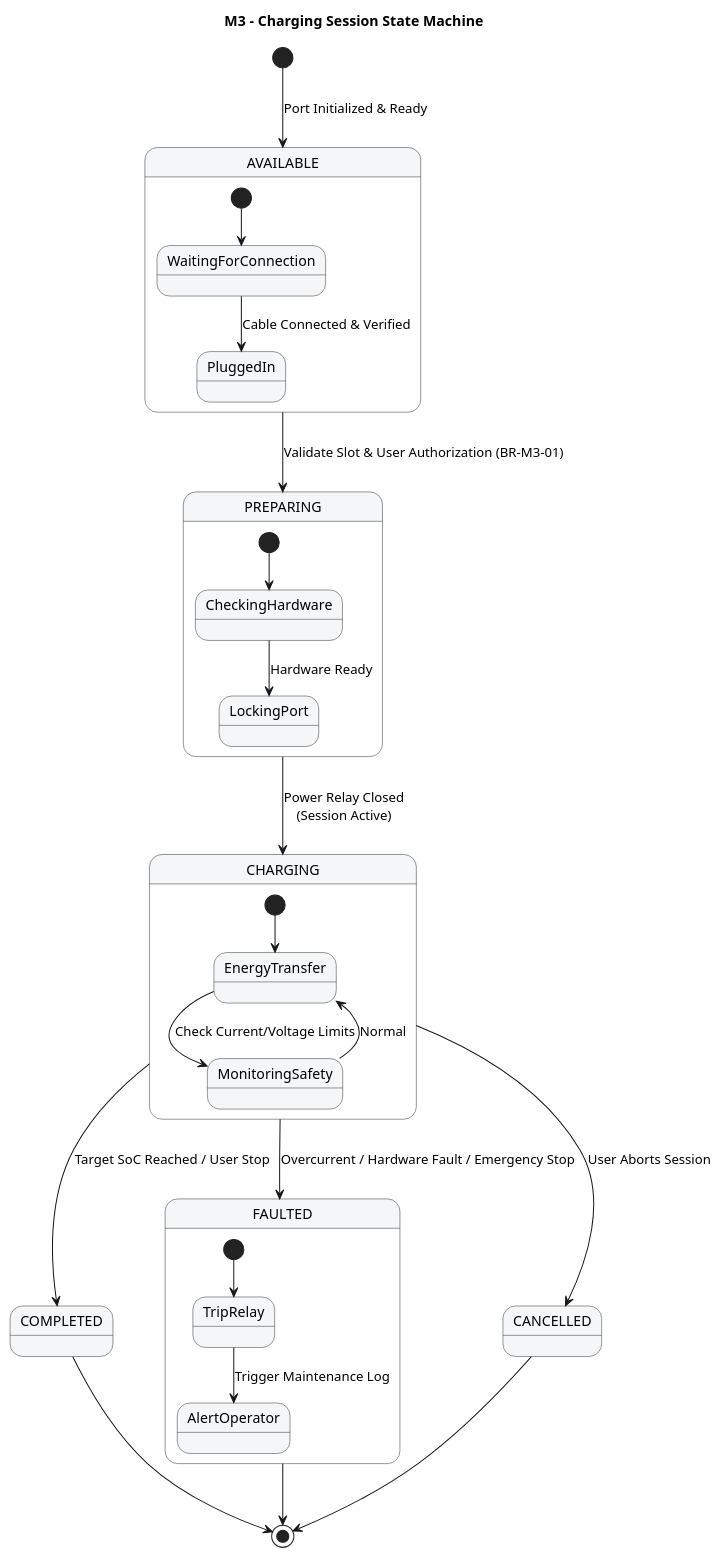
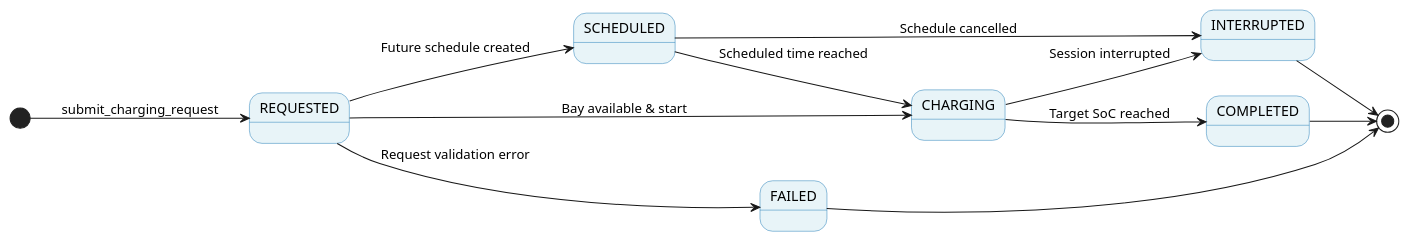
The diagram in docs/design/behavioral/charging-diagrams/charging-session-state-machine.puml (MabC06/smart-e-mobility-hub), drawn with PlantUML before and after one commit. The commit also changed 3 other files, not shown here.

Commit message:
doc(charging): redraw charging-session-state-machine

```diff
--- a/docs/design/behavioral/charging-diagrams/charging-session-state-machine.puml
+++ b/docs/design/behavioral/charging-diagrams/charging-session-state-machine.puml
@@ -1,43 +1,30 @@
 @startuml
-skinparam DefaultTextAlignment center
-skinparam StateBackgroundColor #f4f6f8
-skinparam StateBorderColor #333333
-
-title M3 - Charging Session State Machine
-
-[*] --> AVAILABLE : Port Initialized & Ready
-
-state AVAILABLE {
-  [*] --> WaitingForConnection
-  WaitingForConnection --> PluggedIn : Cable Connected & Verified
+left to right direction
+skinparam state {
+    BackgroundColor #E8F4F8
+    BorderColor #2980B9
 }
 
-AVAILABLE --> PREPARING : Validate Slot & User Authorization (BR-M3-01)
+[*] --> REQUESTED : submit_charging_request
 
-state PREPARING {
-  [*] --> CheckingHardware
-  CheckingHardware --> LockingPort : Hardware Ready
-}
+state REQUESTED as "REQUESTED"
+state SCHEDULED as "SCHEDULED"
+state CHARGING as "CHARGING"
+state COMPLETED as "COMPLETED"
+state INTERRUPTED as "INTERRUPTED"
+state FAILED as "FAILED"
 
-PREPARING --> CHARGING : Power Relay Closed\n(Session Active)
+REQUESTED --> CHARGING : Bay available & start
+REQUESTED --> SCHEDULED : Future schedule created
+REQUESTED --> FAILED : Request validation error
 
-state CHARGING {
-  [*] --> EnergyTransfer
-  EnergyTransfer --> MonitoringSafety : Check Current/Voltage Limits
-  MonitoringSafety --> EnergyTransfer : Normal
-}
+SCHEDULED --> CHARGING : Scheduled time reached
+SCHEDULED --> INTERRUPTED : Schedule cancelled
 
-CHARGING --> COMPLETED : Target SoC Reached / User Stop
-CHARGING --> FAULTED : Overcurrent / Hardware Fault / Emergency Stop
-CHARGING --> CANCELLED : User Aborts Session
-
-state FAULTED {
-  [*] --> TripRelay
-  TripRelay --> AlertOperator : Trigger Maintenance Log
-}
+CHARGING --> COMPLETED : Target SoC reached
+CHARGING --> INTERRUPTED : Session interrupted
 
 COMPLETED --> [*]
-CANCELLED --> [*]
-FAULTED --> [*]
-
+INTERRUPTED --> [*]
+FAILED --> [*]
 @enduml
```
